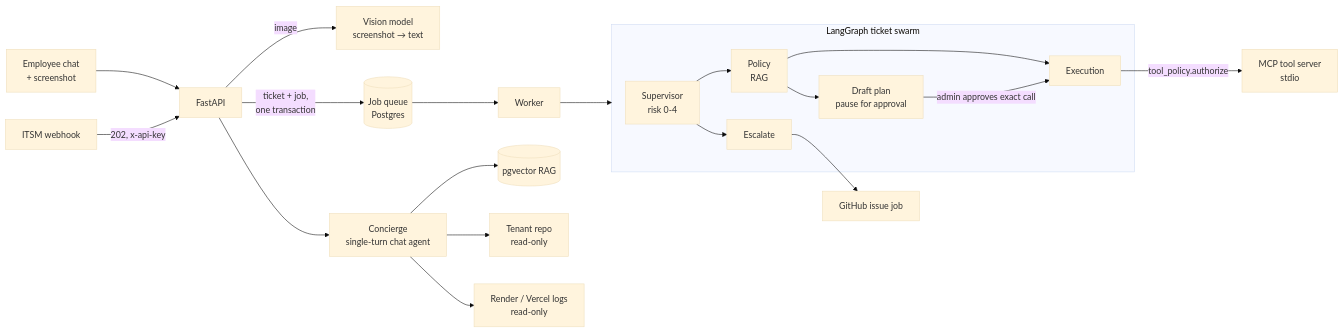
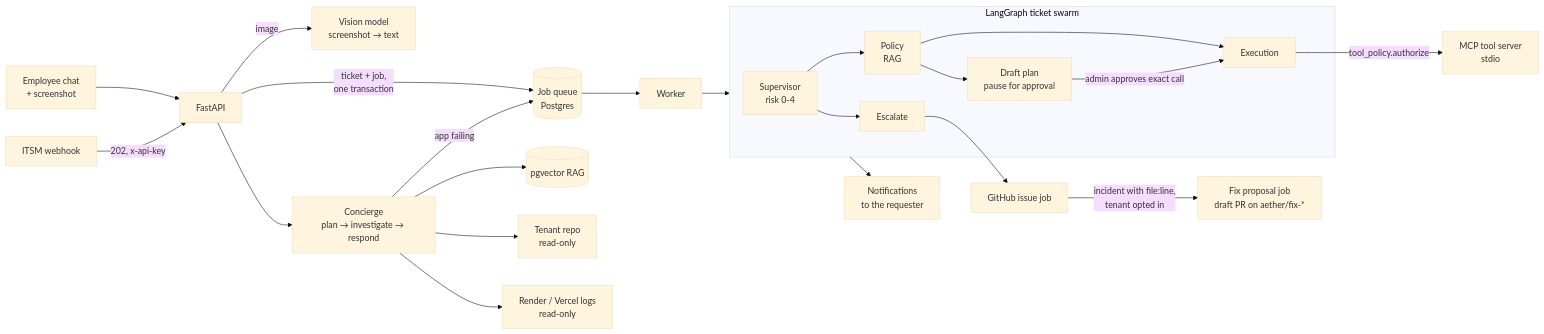
Before and after one commit to Abenavidese/Aether-ITSM: the first of 2 diagrams in README.md, drawn with Mermaid (base theme). The commit also changed other lines of this file and 105 other files, not shown here.

````diff
--- a/README.md
+++ b/README.md
@@ -18,23 +22,26 @@
 ```mermaid
 flowchart LR
     Chat[Employee chat<br/>+ screenshot] --> API
     ITSM[ITSM webhook] -->|202, x-api-key| API[FastAPI]
     API -->|image| Vision[Vision model<br/>screenshot → text]
-    API --> Concierge[Concierge<br/>single-turn chat agent]
+    API --> Concierge[Concierge<br/>plan → investigate → respond]
     API -->|ticket + job,<br/>one transaction| Queue[(Job queue<br/>Postgres)]
     Queue --> Worker[Worker]
     Worker --> Graph
 
     subgraph Graph[LangGraph ticket swarm]
         Sup[Supervisor<br/>risk 0-4] --> Pol[Policy<br/>RAG] --> Exe[Execution]
         Pol --> Plan[Draft plan<br/>pause for approval]
         Sup --> Esc[Escalate]
     end
 
     Exe -->|tool_policy.authorize| MCP[MCP tool server<br/>stdio]
     Plan -->|admin approves exact call| Exe
     Esc --> GH[GitHub issue job]
+    GH -->|incident with file:line,<br/>tenant opted in| Fix[Fix proposal job<br/>draft PR on aether/fix-*]
     Concierge --> RAG[(pgvector RAG)]
     Concierge --> Repo[Tenant repo<br/>read-only]
     Concierge --> Logs[Render / Vercel logs<br/>read-only]
+    Concierge -->|app failing| Queue
+    Graph --> Notify[Notifications<br/>to the requester]
 ```
````
